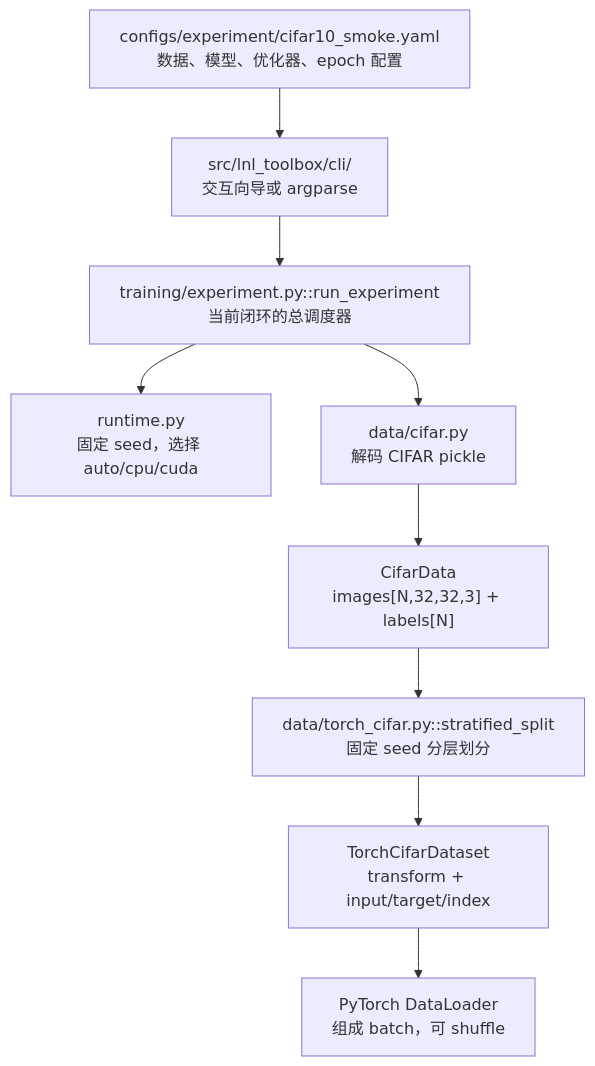
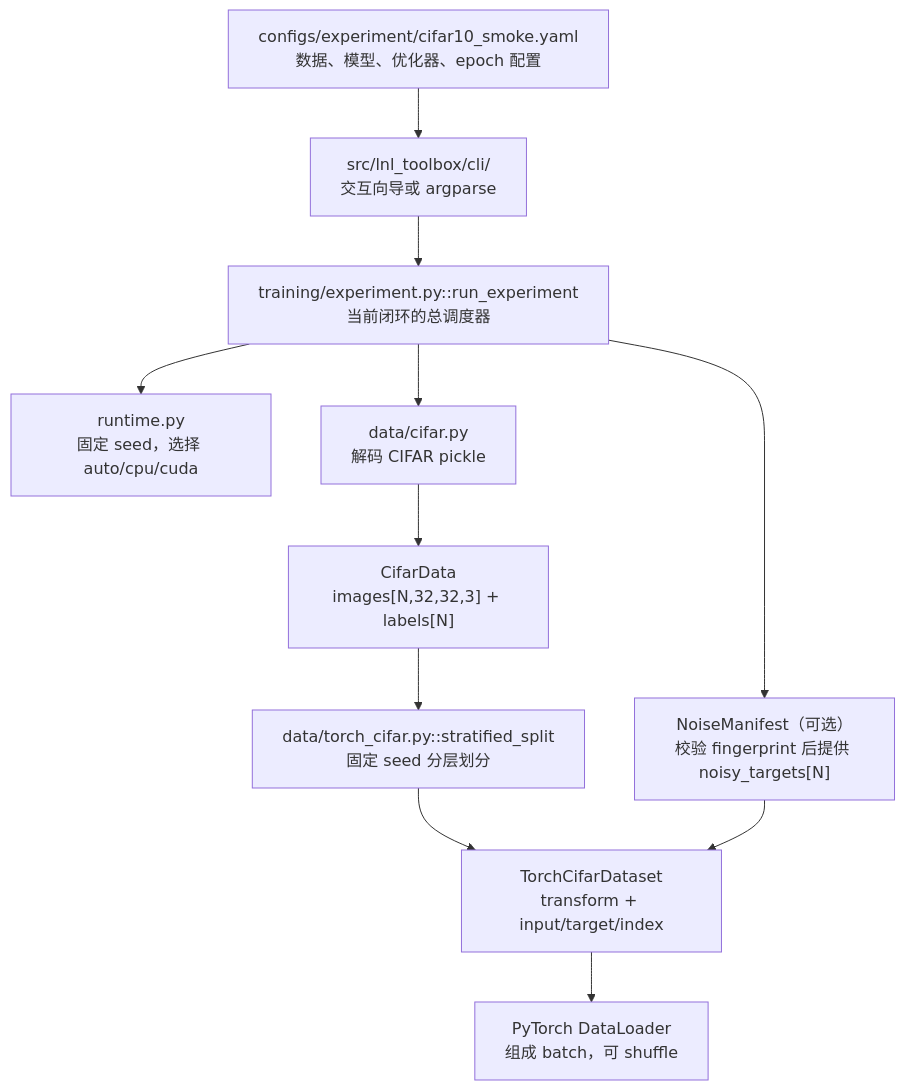
One commit to seanlee-lile/LNL-toolbox changed the first of 7 diagrams in docs/data-flow-guide.md. Above: the diagram before and after it, drawn with Mermaid. The commit also changed other lines of this file and 14 other files, not shown here.

````diff
--- a/docs/data-flow-guide.md
+++ b/docs/data-flow-guide.md
@@ -40,16 +40,18 @@
 ```mermaid
 flowchart TD
     A["configs/experiment/cifar10_smoke.yaml<br/>数据、模型、优化器、epoch 配置"]
     B["src/lnl_toolbox/cli/<br/>交互向导或 argparse"]
     C["training/experiment.py::run_experiment<br/>当前闭环的总调度器"]
     D["runtime.py<br/>固定 seed，选择 auto/cpu/cuda"]
     E["data/cifar.py<br/>解码 CIFAR pickle"]
     F["CifarData<br/>images[N,32,32,3] + labels[N]"]
+    N["NoiseManifest（可选）<br/>校验 fingerprint 后提供 noisy_targets[N]"]
     G["data/torch_cifar.py::stratified_split<br/>固定 seed 分层划分"]
     H["TorchCifarDataset<br/>transform + input/target/index"]
     I["PyTorch DataLoader<br/>组成 batch，可 shuffle"]
 
     A --> B --> C
     C --> D
     C --> E --> F --> G --> H --> I
+    C --> N --> H
 ```
````
